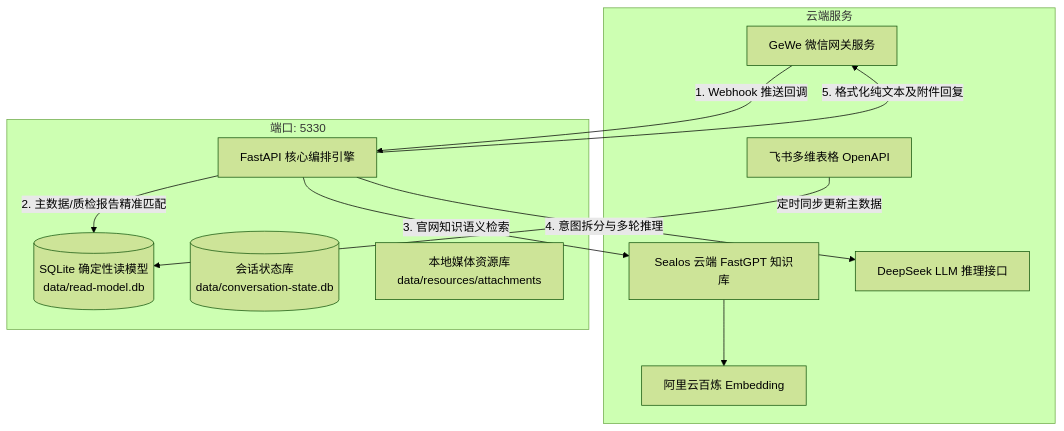
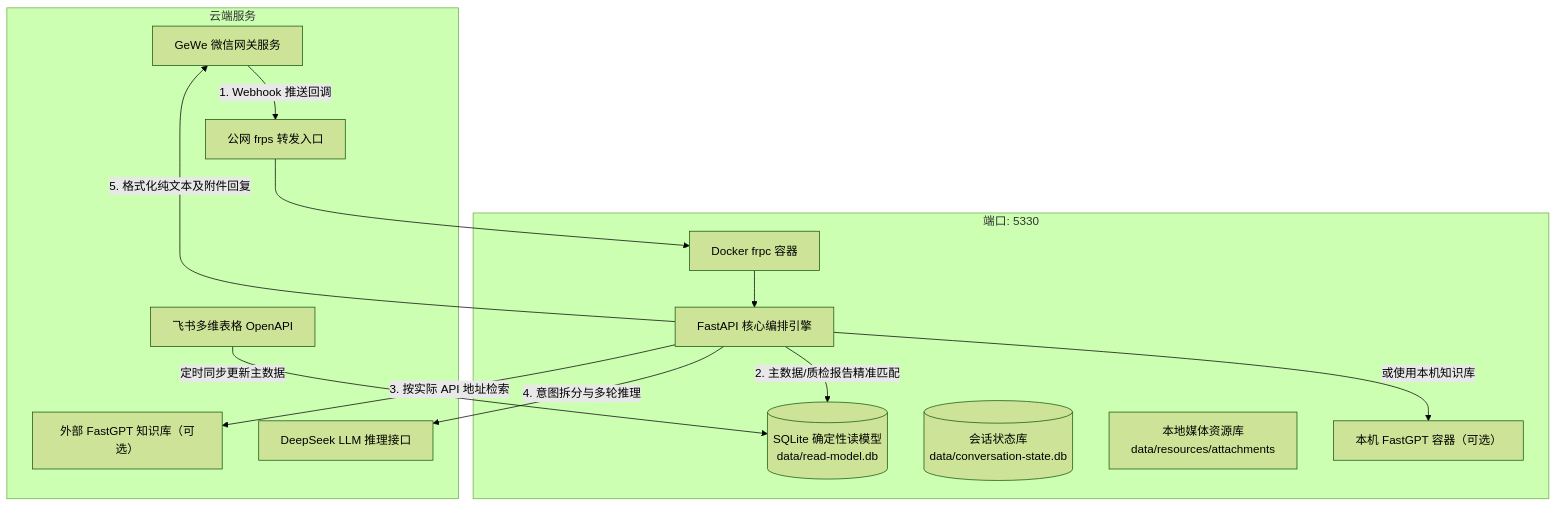
Before and after one commit to LengXi-CS/AI-CustomerService: the diagram in 快速部署指南-Windows服务器.md, drawn with Mermaid (forest theme). The commit also changed other lines of this file and 88 other files, not shown here.

````diff
--- a/快速部署指南-Windows服务器.md
+++ b/快速部署指南-Windows服务器.md
@@ -22,25 +24,29 @@
 ```mermaid
 flowchart TD
     subgraph 云端服务
-        Sealos[Sealos 云端 FastGPT 知识库]
-        DashScope[阿里云百炼 Embedding]
+        RAG[外部 FastGPT 知识库（可选）]
         DeepSeek[DeepSeek LLM 推理接口]
         GeWeCloud[GeWe 微信网关服务]
         Lark[飞书多维表格 OpenAPI]
+        FRPS[公网 frps 转发入口]
     end
 
     subgraph 内网 Windows 服务器 [端口: 5330]
         FastAPI[FastAPI 核心编排引擎]
         DB[(SQLite 确定性读模型\n data/read-model.db)]
         State[(会话状态库\n data/conversation-state.db)]
         Media[本地媒体资源库\n data/resources/attachments]
+        FRPC[Docker frpc 容器]
+        LocalRAG[本机 FastGPT 容器（可选）]
     end
 
-    GeWeCloud -->|1. Webhook 推送回调| FastAPI
+    GeWeCloud -->|1. Webhook 推送回调| FRPS
+    FRPS --> FRPC
+    FRPC --> FastAPI
     FastAPI -->|2. 主数据/质检报告精准匹配| DB
-    FastAPI -->|3. 官网知识语义检索| Sealos
-    Sealos --> DashScope
+    FastAPI -->|3. 按实际 API 地址检索| RAG
+    FastAPI -->|或使用本机知识库| LocalRAG
     FastAPI -->|4. 意图拆分与多轮推理| DeepSeek
     FastAPI -->|5. 格式化纯文本及附件回复| GeWeCloud
     Lark -->|定时同步更新主数据| DB
 ```
````
